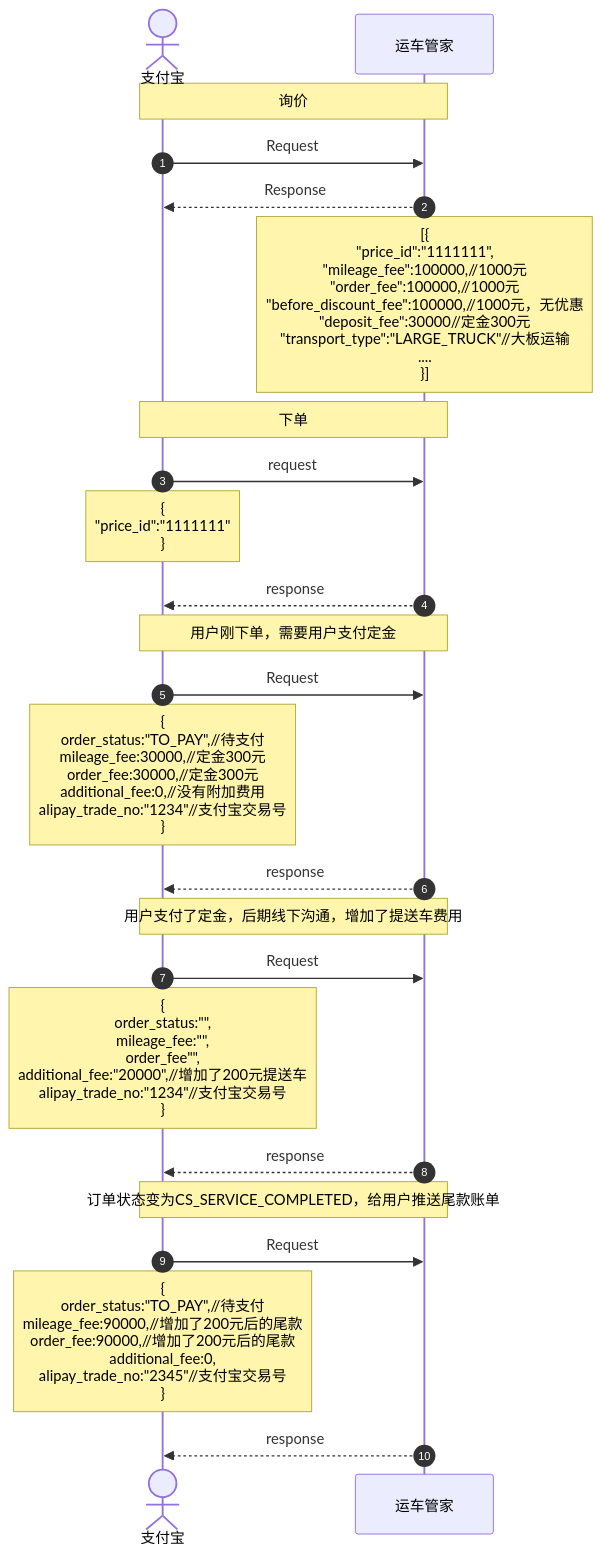
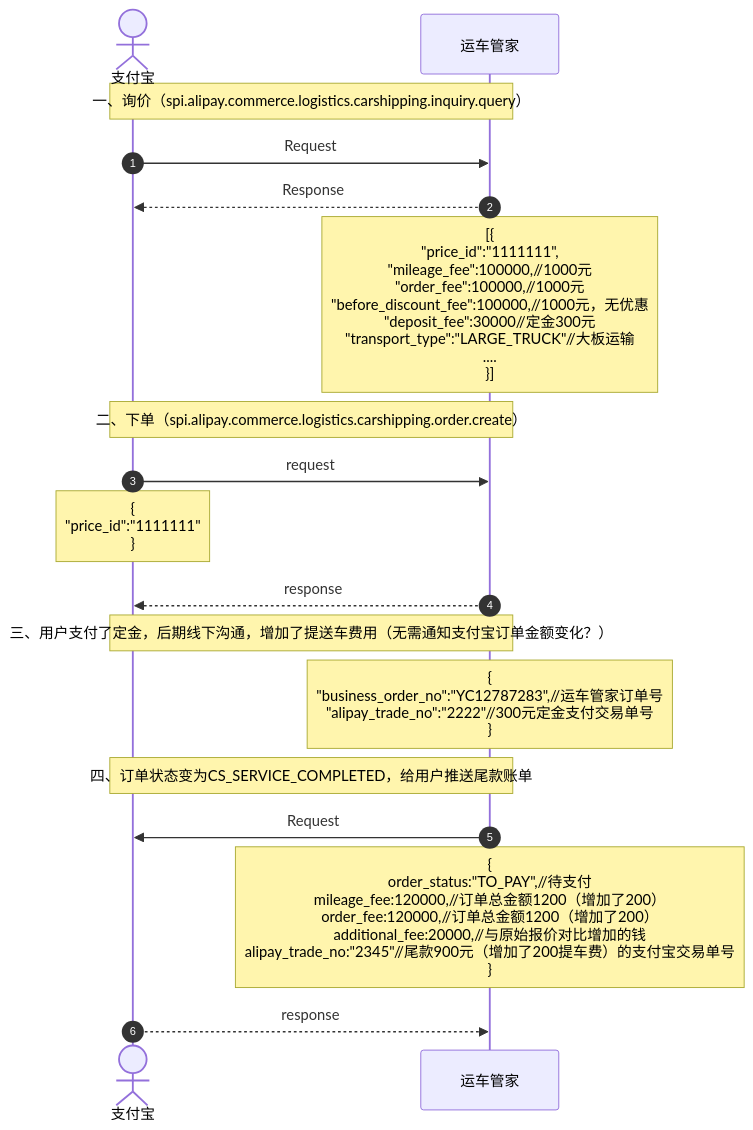
Before and after one commit to pingpm/mermaid_vault: the diagram in notes/Untitled_f52db46e-2cbc-4edf-a590-17207db4038a.md, drawn with Mermaid. The commit also changed 3 other files, not shown here.

Commit message:
Sync Mermaid Studio data (33 diagrams)

````diff
--- a/notes/Untitled_f52db46e-2cbc-4edf-a590-17207db4038a.md
+++ b/notes/Untitled_f52db46e-2cbc-4edf-a590-17207db4038a.md
@@ -3,28 +3,22 @@
 ```mermaid
 sequenceDiagram
   autonumber
   actor p0 as 支付宝
   participant p1 as 运车管家
-  Note over p0,p1: 询价
+  Note over p0,p1: 一、询价（spi.alipay.commerce.logistics.carshipping.inquiry.query）
   p0->>p1: Request
   p1-->>p0: Response
-  %% [note-meta] align:left width:351
+  %% [note-meta] align:left width:354.35999999999996
   Note over p1: [{<br/>	"price_id":"1111111",<br/>	"mileage_fee":100000,//1000元<br/>	"order_fee":100000,//1000元<br/>	"before_discount_fee":100000,//1000元，无优惠<br/>	"deposit_fee":30000//定金300元<br/>	"transport_type":"LARGE_TRUCK"//大板运输<br/>	....<br/>}]
-  Note over p0,p1: 下单
+  Note over p0,p1: 二、下单（spi.alipay.commerce.logistics.carshipping.order.create）
   p0->>p1: request
   Note over p0: {<br/>	"price_id":"1111111"<br/>}
   p1-->>p0: response
-  Note over p0,p1: 用户刚下单，需要用户支付定金
-  p0->>p1: Request
-  Note over p0: {<br/>	order_status:"TO_PAY",//待支付<br/>	mileage_fee:30000,//定金300元<br/>	order_fee:30000,//定金300元<br/>	additional_fee:0,//没有附加费用<br/>	alipay_trade_no:"1234"//支付宝交易号<br/>}
-  p1-->>p0: response
-  Note over p0,p1: 用户支付了定金，后期线下沟通，增加了提送车费用
-  p0->>p1: Request
-  Note over p0: {<br/>	order_status:"",<br/>	mileage_fee:"",<br/>	order_fee"",<br/>	additional_fee:"20000",//增加了200元提送车<br/>	alipay_trade_no:"1234"//支付宝交易号<br/>}
-  p1-->>p0: response
-  Note over p0,p1: 订单状态变为CS_SERVICE_COMPLETED，给用户推送尾款账单
-  p0->>p1: Request
-  Note over p0: {<br/>	order_status:"TO_PAY",//待支付<br/>	mileage_fee:90000,//增加了200元后的尾款<br/>	order_fee:90000,//增加了200元后的尾款<br/>	additional_fee:0,<br/>	alipay_trade_no:"2345"//支付宝交易号<br/>}
-  p1-->>p0: response
+  Note over p0,p1: 三、用户支付了定金，后期线下沟通，增加了提送车费用（无需通知支付宝订单金额变化？）
+  Note over p1: {<br/>	"business_order_no":"YC12787283",//运车管家订单号<br/>    "alipay_trade_no":"2222"//300元定金支付交易单号<br/>}
+  Note over p0,p1: 四、订单状态变为CS_SERVICE_COMPLETED，给用户推送尾款账单
+  p1->>p0: Request
+  Note over p1: {<br/>	order_status:"TO_PAY",//待支付<br/>	mileage_fee:120000,//订单总金额1200（增加了200）<br/>	order_fee:120000,//订单总金额1200（增加了200）<br/>	additional_fee:20000,//与原始报价对比增加的钱<br/>	alipay_trade_no:"2345"//尾款900元（增加了200提车费）的支付宝交易单号<br/>}
+  p0-->>p1: response
 
 ```
````
